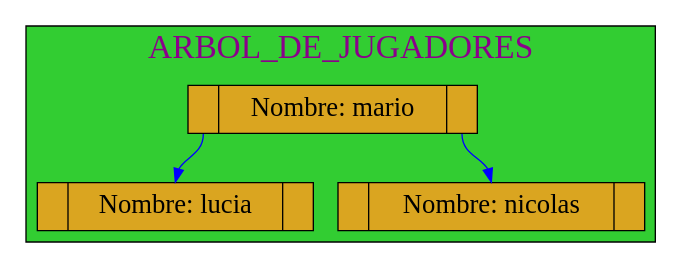
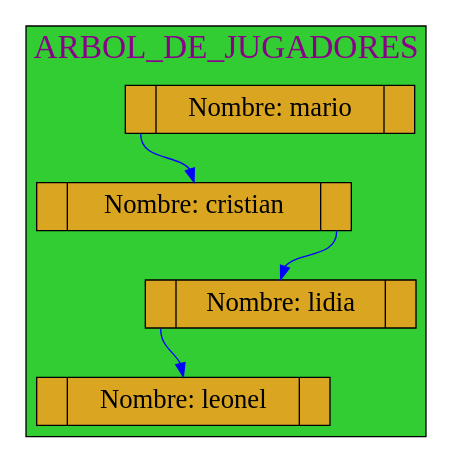
Before and after one commit to mariotun/EDD_1S2020_PY1_201602942: the diagram in Graficas/Arbol_Jugadores.dot, drawn with Graphviz. The commit also changed 12 other files, not shown here.

```diff
--- a/Graficas/Arbol_Jugadores.dot
+++ b/Graficas/Arbol_Jugadores.dot
@@ -1,23 +1,28 @@
 digraph ArbolBB{
 subgraph cluster_1 {
 
 label= "ARBOL_DE_JUGADORES ";
 labelloc=t;
 fontcolor=magenta4;
 fontname=algerian
 fontsize=25;
 style=filled;
 fillcolor=limegreen;
 node[shape=record,height=0.5 style=filled fontcolor=black fillcolor=goldenrod fontsize=20 ];
 
 
-25770476720[label="<f0> |<f1>Nombre: mario |<f2> " ]; 
-25770490768[label="<f0> |<f1>Nombre: nicolas |<f2>" ]
-25770489296[label="<f0> |<f1>Nombre: lucia |<f2>" ]
+25770483936[label="<f0> |<f1>Nombre: mario |<f2> " ]; 
+25770484496[label="<f0> |<f1>Nombre: cristian |<f2>" ]
+25770483152[label="<f0> |<f1>Nombre: lidia |<f2>" ]
+25770483152[label="<f0> |<f1>Nombre: lidia |<f2>" ]
+25770489376[label="<f0> |<f1>Nombre: leonel |<f2>" ]
+25770489376[label="<f0> |<f1>Nombre: leonel |<f2>" ]
+25770489376[label="<f0> |<f1>Nombre: leonel |<f2>" ]
 
-25770476720:f2->25770490768:f1 [color=blue ]
-25770476720:f0->25770489296:f1 [color=blue]
+25770483936:f0->25770484496:f1 [color=blue]
+25770484496:f2->25770483152:f1 [color=blue ]
+25770483152:f0->25770489376:f1 [color=blue]
 
  }
 
  }
```
